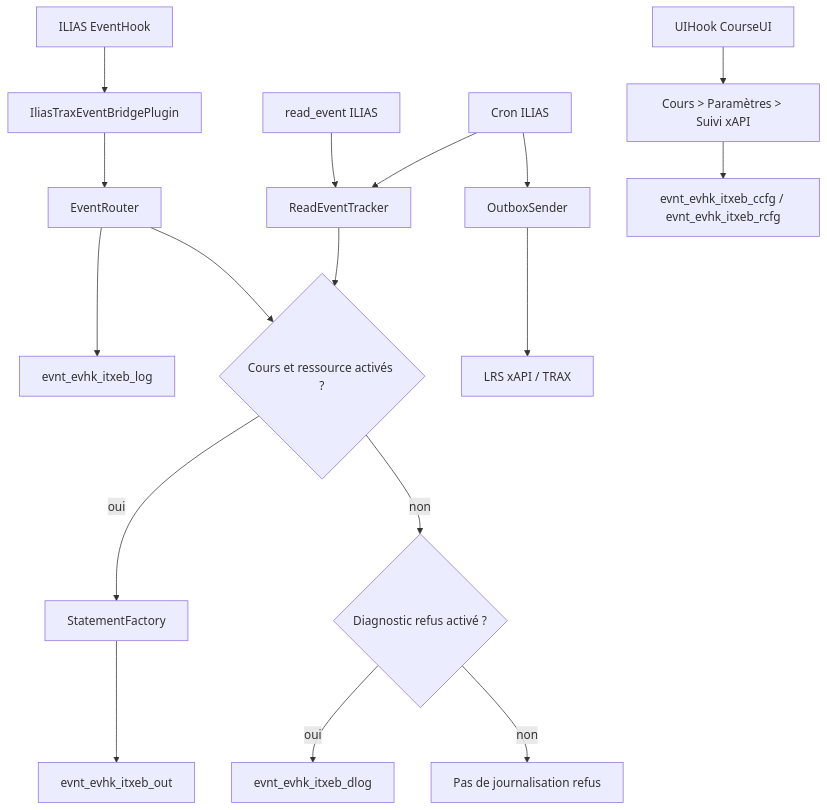
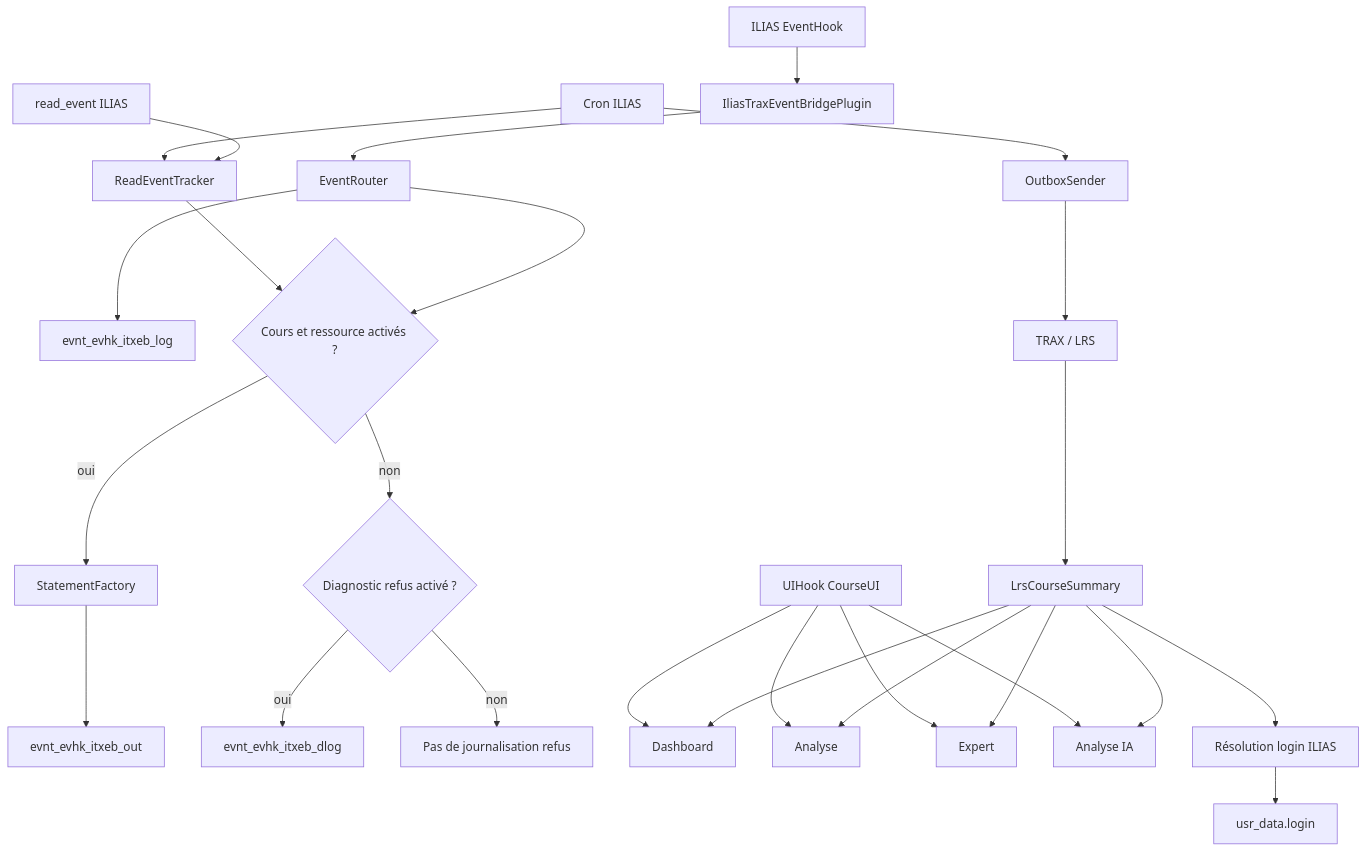
One commit to vincent-sayah/IliasTraxEventBridge changed the diagram in README_TECHNIQUE.md. Above: the diagram before and after it, drawn with Mermaid. The commit also changed other lines of this file, not shown here.

````diff
--- a/README_TECHNIQUE.md
+++ b/README_TECHNIQUE.md
@@ -47,21 +47,31 @@
 ```mermaid
 flowchart TD
     A[ILIAS EventHook] --> B[IliasTraxEventBridgePlugin]
     B --> C[EventRouter]
     C --> D[evnt_evhk_itxeb_log]
     C --> E{Cours et ressource activés ?}
     E -->|oui| F[StatementFactory]
     F --> G[evnt_evhk_itxeb_out]
     E -->|non| H{Diagnostic refus activé ?}
     H -->|oui| I[evnt_evhk_itxeb_dlog]
     H -->|non| J[Pas de journalisation refus]
 
     K[read_event ILIAS] --> L[ReadEventTracker]
     L --> E
     M[Cron ILIAS] --> L
     M --> N[OutboxSender]
-    N --> O[LRS xAPI / TRAX]
+    N --> O[TRAX / LRS]
 
-    P[UIHook CourseUI] --> Q[Cours > Paramètres > Suivi xAPI]
-    Q --> R[evnt_evhk_itxeb_ccfg / evnt_evhk_itxeb_rcfg]
+    O --> P[LrsCourseSummary]
+    P --> Q[Dashboard]
+    P --> R[Analyse]
+    P --> S[Expert]
+    P --> T[Analyse IA]
+    P --> U[Résolution login ILIAS]
+    U --> V[usr_data.login]
+
+    W[UIHook CourseUI] --> Q
+    W --> R
+    W --> S
+    W --> T
 ```
````
